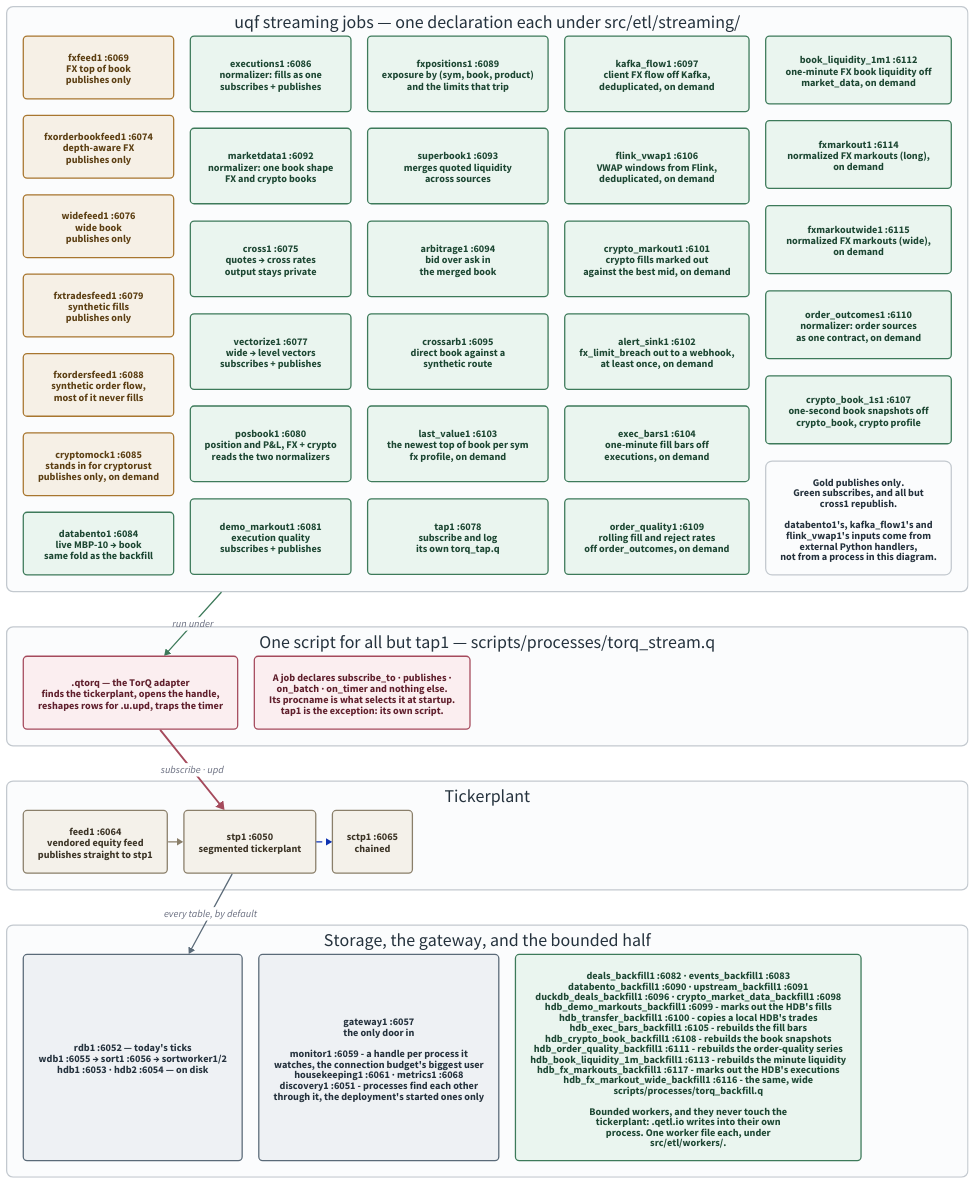
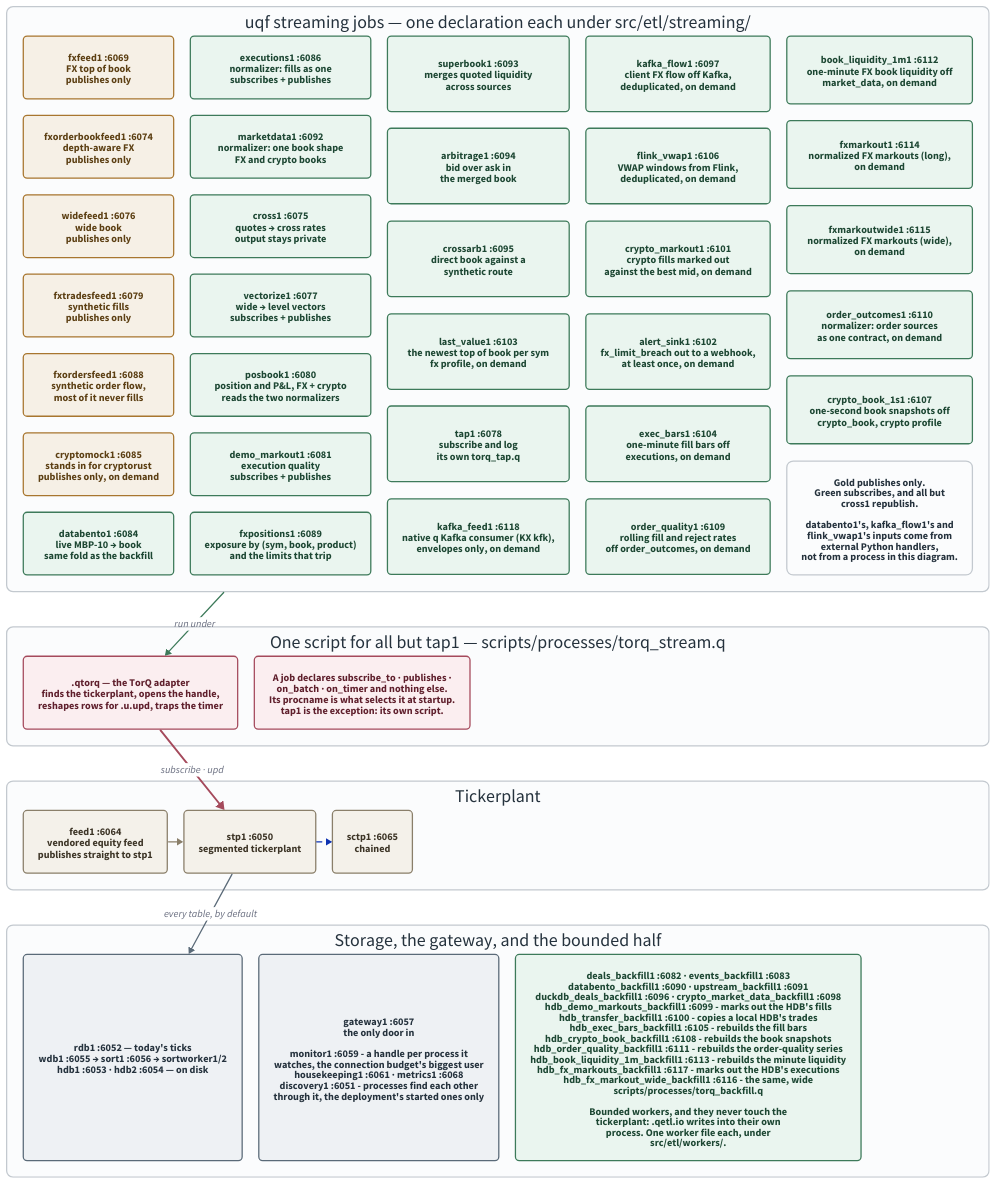
Before and after one commit to kwojdalski/uqf: the diagram in docs/diagrams/stack-topology.d2, drawn with D2. The commit also changed 17 other files, not shown here.

First line of the commit message:
kafka: native q feed process kafka_feed1 on KX kfk v1.6.6, optional by construction

```diff
--- a/docs/diagrams/stack-topology.d2
+++ b/docs/diagrams/stack-topology.d2
@@ -1,179 +1,180 @@
 # stack-topology.d2 - who connects to whom over IPC in the running stack.
 #
 # Rendered by scripts/generate/render_diagrams.py, which CI runs with
 # --check. Embedded from docs/architecture/stack.md.
 #
 # Ports are the defaults at base 6050; every one is {KDBBASEPORT}+offset, so
 # a different base shifts them all together. The authority for the offsets
 # is docs/reference/processes.md, which is GENERATED from the
 # pipeline registry - if this diagram and that table disagree, the table is
 # right.
 # scripts/gates/check_diagram_ports.py fails the build when any `name :port`
 # label here disagrees with that authority (#1369).
 #
 # WHAT THIS SHOWS THAT THE MERMAID VERSION DID NOT (#245).
 #
 # Every uqf streaming process but tap1 runs the SAME script. Since #204 a
 # streaming job is a declaration under src/etl/streaming/ and
 # processes/torq_stream.q is the one runner; which job a process runs is
 # decided by its procname at startup. The old diagram drew a script per
 # process, which is what the stack looked like before .qetl.job.stream and is the
 # single most misleading thing about it.
 #
 # The two connection patterns are still real and still different - publish
 # only, versus an access-listed subscribe - but a job performs neither
 # itself now. .qtorq does both on its behalf, which is why the adapter is
 # drawn between the processes and the tickerplant rather than left out.
 #
 # Backfills are on here too, and were not before. They are the other half
 # of the ETL tree and they reach the tickerplant NOT AT ALL: a bounded
 # worker writes through .qetl.io into its own process, so its rows never
 # traverse stp1. Drawing them beside the streaming jobs is the point - the
 # two halves look alike in the code and take completely different paths to
 # storage.
 
 direction: down
 
 grid-rows: 4
 grid-gap: 55
 
 vars: {
   d2-config: {
     pad: 40
   }
 }
 
 # Same palette as repo-overview.d2, so the set reads as one system: light
 # fills with dark text in both themes rather than a --dark-theme pairing,
 # which d2 still applies explicit styles over (d2lang/d2#831).
 classes: {
   feed: {
     style: {
       fill: "#f6f0e6"
       stroke: "#a8762f"
       font-color: "#5c3f13"
       border-radius: 6
     }
   }
   job: {
     style: {
       fill: "#eaf5ef"
       stroke: "#3d7a5a"
       font-color: "#1d4733"
       border-radius: 6
     }
   }
   adapter: {
     style: {
       fill: "#fbeef0"
       stroke: "#a54a5c"
       font-color: "#5f1f2c"
       border-radius: 6
     }
   }
   store: {
     style: {
       fill: "#eef1f4"
       stroke: "#5a6a78"
       font-color: "#25323d"
       border-radius: 6
     }
   }
   vendored: {
     style: {
       fill: "#f4f1ea"
       stroke: "#8a7f6a"
       font-color: "#3d3527"
       border-radius: 6
     }
   }
   band: {
     style: {
       fill: "#fbfcfd"
       stroke: "#c3c9cf"
       font-color: "#25323d"
       stroke-width: 2
       border-radius: 10
     }
   }
 }
 
 jobs: "uqf streaming jobs — one declaration each under src/etl/streaming/" {
   class: band
   grid-columns: 5
   grid-gap: 26
 
   fxfeed1: "fxfeed1 :6069\nFX top of book\npublishes only" { class: feed }
   fxorderbookfeed1: "fxorderbookfeed1 :6074\ndepth-aware FX\npublishes only" { class: feed }
   widefeed1: "widefeed1 :6076\nwide book\npublishes only" { class: feed }
   fxtradesfeed1: "fxtradesfeed1 :6079\nsynthetic fills\npublishes only" { class: feed }
   fxordersfeed1: "fxordersfeed1 :6088\nsynthetic order flow,\nmost of it never fills" { class: feed }
 
   cryptomock1: "cryptomock1 :6085\nstands in for cryptorust\npublishes only, on demand" { class: feed }
   databento1: "databento1 :6084\nlive MBP-10 → book\nsame fold as the backfill" { class: job }
   executions1: "executions1 :6086\nnormalizer: fills as one\nsubscribes + publishes" { class: job }
   marketdata1: "marketdata1 :6092\nnormalizer: one book shape\nFX and crypto books" { class: job }
 
   cross1: "cross1 :6075\nquotes → cross rates\noutput stays private" { class: job }
   vectorize1: "vectorize1 :6077\nwide → level vectors\nsubscribes + publishes" { class: job }
   posbook1: "posbook1 :6080\nposition and P&L, FX + crypto\nreads the two normalizers" { class: job }
   demo_markout1: "demo_markout1 :6081\nexecution quality\nsubscribes + publishes" { class: job }
   fxpositions1: "fxpositions1 :6089\nexposure by (sym, book, product)\nand the limits that trip" { class: job }
 
   superbook1: "superbook1 :6093\nmerges quoted liquidity\nacross sources" { class: job }
   arbitrage1: "arbitrage1 :6094\nbid over ask in\nthe merged book" { class: job }
   crossarb1: "crossarb1 :6095\ndirect book against a\nsynthetic route" { class: job }
   last_value1: "last_value1 :6103\nthe newest top of book per sym\nfx profile, on demand" { class: job }
   tap1: "tap1 :6078\nsubscribe and log\nits own torq_tap.q" { class: job }
+  kafka_feed1: "kafka_feed1 :6118\nnative q Kafka consumer (KX kfk),\nenvelopes only, on demand" { class: job }
   kafka_flow1: "kafka_flow1 :6097\nclient FX flow off Kafka,\ndeduplicated, on demand" { class: job }
   flink_vwap1: "flink_vwap1 :6106\nVWAP windows from Flink,\ndeduplicated, on demand" { class: job }
   crypto_markout1: "crypto_markout1 :6101\ncrypto fills marked out\nagainst the best mid, on demand" { class: job }
   alert_sink1: "alert_sink1 :6102\nfx_limit_breach out to a webhook,\nat least once, on demand" { class: job }
   exec_bars1: "exec_bars1 :6104\none-minute fill bars off\nexecutions, on demand" { class: job }
   order_quality1: "order_quality1 :6109\nrolling fill and reject rates\noff order_outcomes, on demand" { class: job }
   book_liquidity_1m1: "book_liquidity_1m1 :6112\none-minute FX book liquidity off\nmarket_data, on demand" { class: job }
   fxmarkout1: "fxmarkout1 :6114\nnormalized FX markouts (long),\non demand" { class: job }
   fxmarkoutwide1: "fxmarkoutwide1 :6115\nnormalized FX markouts (wide),\non demand" { class: job }
   order_outcomes1: "order_outcomes1 :6110\nnormalizer: order sources\nas one contract, on demand" { class: job }
   crypto_book_1s1: "crypto_book_1s1 :6107\none-second book snapshots off\ncrypto_book, crypto profile" { class: job }
   legend: "Gold publishes only.\nGreen subscribes, and all but\ncross1 republish.\n\ndatabento1's, kafka_flow1's and\nflink_vwap1's inputs come from\nexternal Python handlers,\nnot from a process in this diagram." { class: band }
 }
 
 runner: "One script for all but tap1 — scripts/processes/torq_stream.q" {
   class: band
   grid-columns: 2
   grid-gap: 26
 
   qtorq: ".qtorq — the TorQ adapter\nfinds the tickerplant, opens the handle,\nreshapes rows for .u.upd, traps the timer" { class: adapter }
   note: "A job declares subscribe_to · publishes ·\non_batch · on_timer and nothing else.\nIts procname is what selects it at startup.\ntap1 is the exception: its own script." { class: adapter }
 }
 
 tp: "Tickerplant" {
   class: band
   grid-columns: 3
   grid-gap: 26
 
   feed1: "feed1 :6064\nvendored equity feed\npublishes straight to stp1" { class: vendored }
   stp: "stp1 :6050\nsegmented tickerplant" { class: vendored }
   sctp: "sctp1 :6065\nchained" { class: vendored }
 
   feed1 -> stp { style.stroke: "#8a7f6a" }
   stp -> sctp { style.stroke-dash: 4 }
 }
 
 downstream: "Storage, the gateway, and the bounded half" {
   class: band
   grid-columns: 3
   grid-gap: 26
 
   storage: "rdb1 :6052 — today's ticks\nwdb1 :6055 → sort1 :6056 → sortworker1/2\nhdb1 :6053 · hdb2 :6054 — on disk" { class: store }
   gw: "gateway1 :6057\nthe only door in\n\nmonitor1 :6059 - a handle per process it\nwatches, the connection budget's biggest user\nhousekeeping1 :6061 · metrics1 :6068\ndiscovery1 :6051 - processes find each other\nthrough it, the deployment's started ones only" { class: store }
   backfills: "deals_backfill1 :6082 · events_backfill1 :6083\ndatabento_backfill1 :6090 · upstream_backfill1 :6091\nduckdb_deals_backfill1 :6096 · crypto_market_data_backfill1 :6098\nhdb_demo_markouts_backfill1 :6099 - marks out the HDB's fills\nhdb_transfer_backfill1 :6100 - copies a local HDB's trades\nhdb_exec_bars_backfill1 :6105 - rebuilds the fill bars\nhdb_crypto_book_backfill1 :6108 - rebuilds the book snapshots\nhdb_order_quality_backfill1 :6111 - rebuilds the order-quality series\nhdb_book_liquidity_1m_backfill1 :6113 - rebuilds the minute liquidity\nhdb_fx_markouts_backfill1 :6117 - marks out the HDB's executions\nhdb_fx_markout_wide_backfill1 :6116 - the same, wide\nscripts/processes/torq_backfill.q\n\nBounded workers, and they never touch the\ntickerplant: .qetl.io writes into their own\nprocess. One worker file each, under\nsrc/etl/workers/." { class: job }
 }
 
 jobs -> runner.qtorq: "run under" { style.stroke: "#3d7a5a" }
 runner.qtorq -> tp.stp: "subscribe · upd" {
   style.stroke: "#a54a5c"
   style.stroke-width: 3
 }
 tp.stp -> downstream.storage: "every table, by default" { style.stroke: "#5a6a78" }
```
